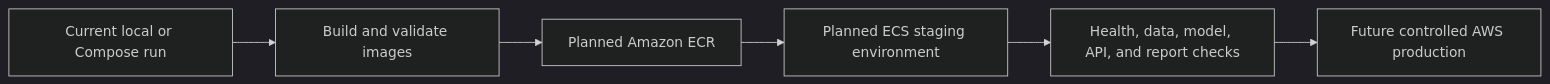
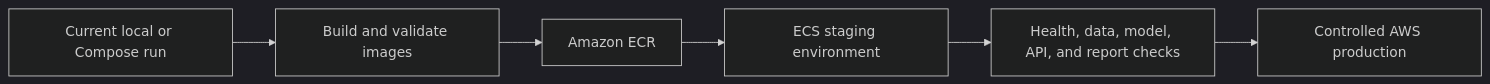
One commit to Siddh-2006/SatQuery_AI changed the second of 2 diagrams in docs/09-deployment.md. Above: the diagram before and after it, drawn with Mermaid (dark theme). The commit also changed other lines of this file and 1 other file, not shown here.

````diff
--- a/docs/09-deployment.md
+++ b/docs/09-deployment.md
@@ -115,8 +112,8 @@
 ```mermaid
 flowchart LR
 	 Local[Current local or Compose run] --> Images[Build and validate images]
-	 Images --> ECR[Planned Amazon ECR]
-	 ECR --> Staging[Planned ECS staging environment]
+	 Images --> ECR[Amazon ECR]
+	 ECR --> Staging[ECS staging environment]
 	 Staging --> Checks[Health, data, model, API, and report checks]
-	 Checks --> Production[Future controlled AWS production]
+	 Checks --> Production[Controlled AWS production]
 ```
````
